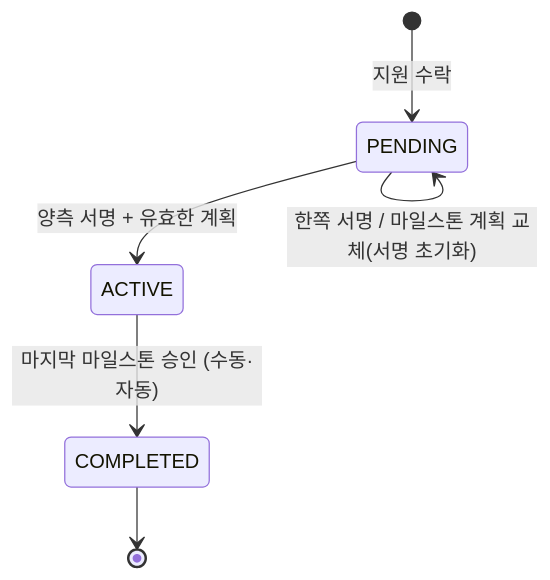
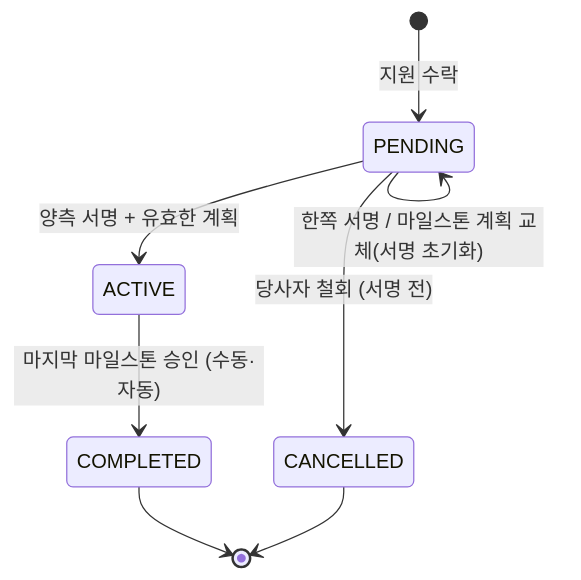
The third of 3 diagrams in docs/domain/projects-contracts.md (jonghoon24/workbridge), drawn with Mermaid before and after one commit. The commit also changed other lines of this file and 74 other files, not shown here.

````diff
--- a/docs/domain/projects-contracts.md
+++ b/docs/domain/projects-contracts.md
@@ -103,8 +132,10 @@
 ```mermaid
 stateDiagram-v2
     [*] --> PENDING: 지원 수락
     PENDING --> PENDING: 한쪽 서명 / 마일스톤 계획 교체(서명 초기화)
     PENDING --> ACTIVE: 양측 서명 + 유효한 계획
+    PENDING --> CANCELLED: 당사자 철회 (서명 전)
     ACTIVE --> COMPLETED: 마지막 마일스톤 승인 (수동·자동)
     COMPLETED --> [*]
+    CANCELLED --> [*]
 ```
````
